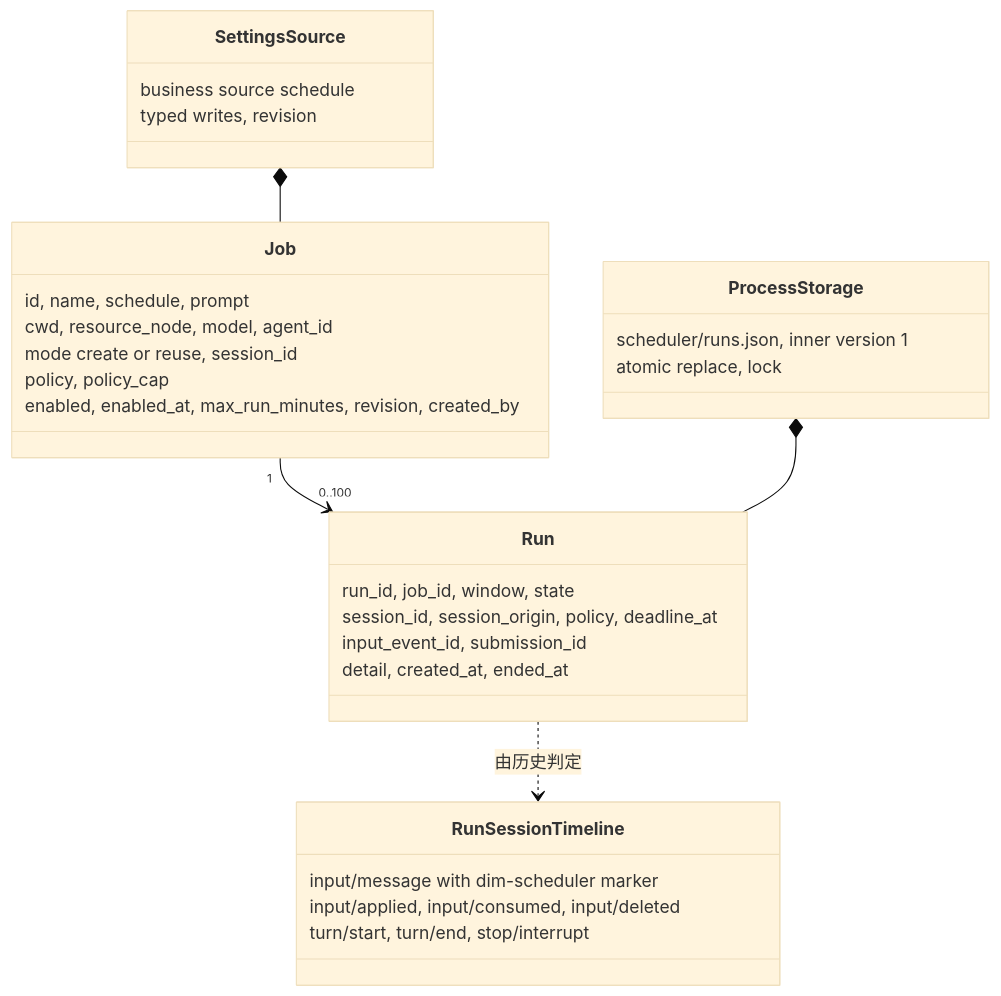
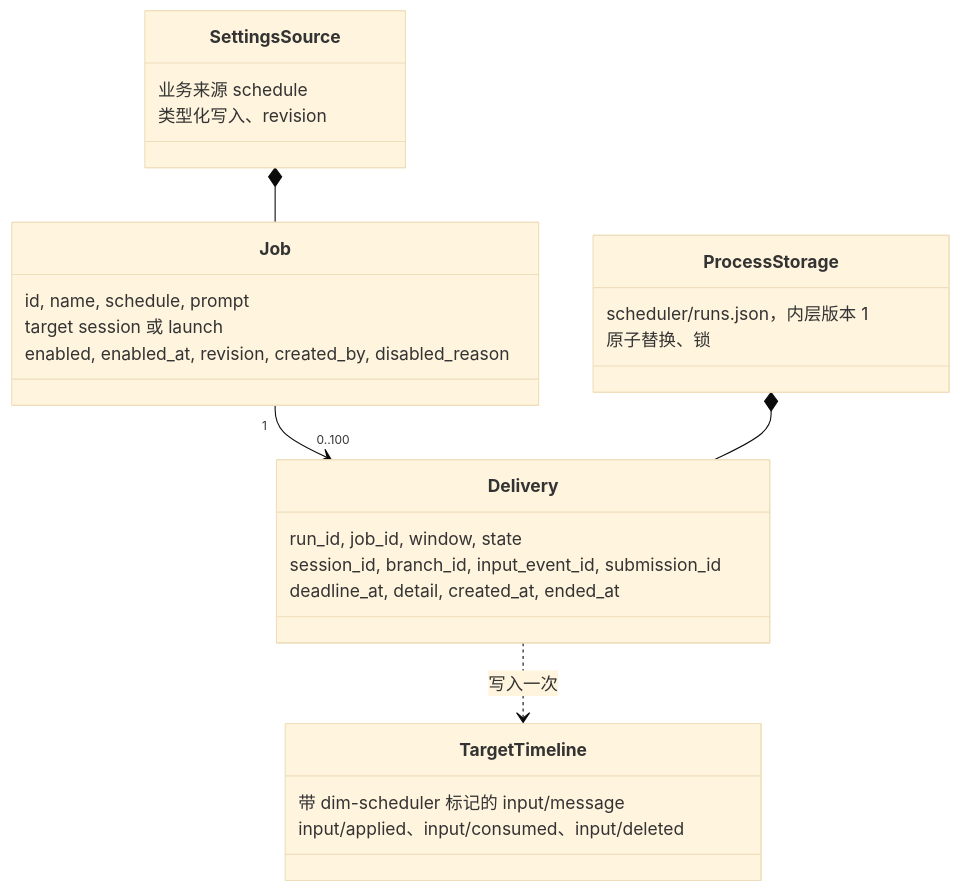
One commit to CoutinhoTTS/dim-agent changed the second of 5 diagrams in docs/zh/design/plugins/Scheduler.md. Above: the diagram before and after it, drawn with Mermaid (base theme). The commit also changed other lines of this file and 5 other files, not shown here.

First line of the commit message:
docs(scheduler): deliver a scheduled job to the branch that saved it

````diff
--- a/docs/zh/design/plugins/Scheduler.md
+++ b/docs/zh/design/plugins/Scheduler.md
@@ -135,33 +102,29 @@
 ```mermaid
 classDiagram
   class Job {
     id, name, schedule, prompt
-    cwd, resource_node, model, agent_id
-    mode create or reuse, session_id
-    policy, policy_cap
-    enabled, enabled_at, max_run_minutes, revision, created_by
+    target session 或 launch
+    enabled, enabled_at, revision, created_by, disabled_reason
   }
-  class Run {
+  class Delivery {
     run_id, job_id, window, state
-    session_id, session_origin, policy, deadline_at
-    input_event_id, submission_id
-    detail, created_at, ended_at
+    session_id, branch_id, input_event_id, submission_id
+    deadline_at, detail, created_at, ended_at
   }
   class SettingsSource {
-    business source schedule
-    typed writes, revision
+    业务来源 schedule
+    类型化写入、revision
   }
   class ProcessStorage {
-    scheduler/runs.json, inner version 1
-    atomic replace, lock
+    scheduler/runs.json，内层版本 1
+    原子替换、锁
   }
-  class RunSessionTimeline {
-    input/message with dim-scheduler marker
-    input/applied, input/consumed, input/deleted
-    turn/start, turn/end, stop/interrupt
+  class TargetTimeline {
+    带 dim-scheduler 标记的 input/message
+    input/applied、input/consumed、input/deleted
   }
-  Job "1" --> "0..100" Run
+  Job "1" --> "0..100" Delivery
   SettingsSource *-- Job
-  ProcessStorage *-- Run
-  Run ..> RunSessionTimeline : 由历史判定
+  ProcessStorage *-- Delivery
+  Delivery ..> TargetTimeline : 写入一次
 ```
````
